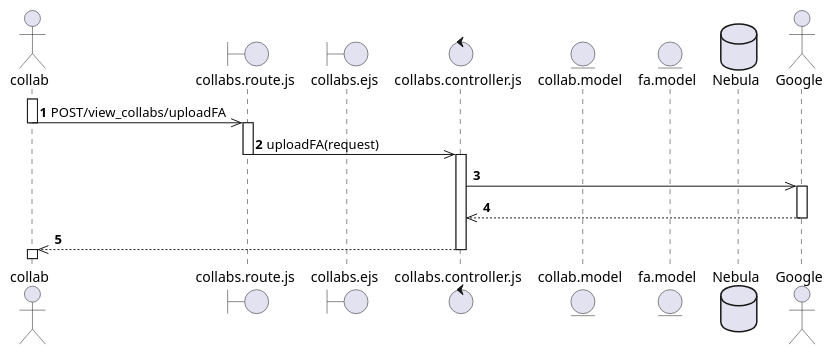
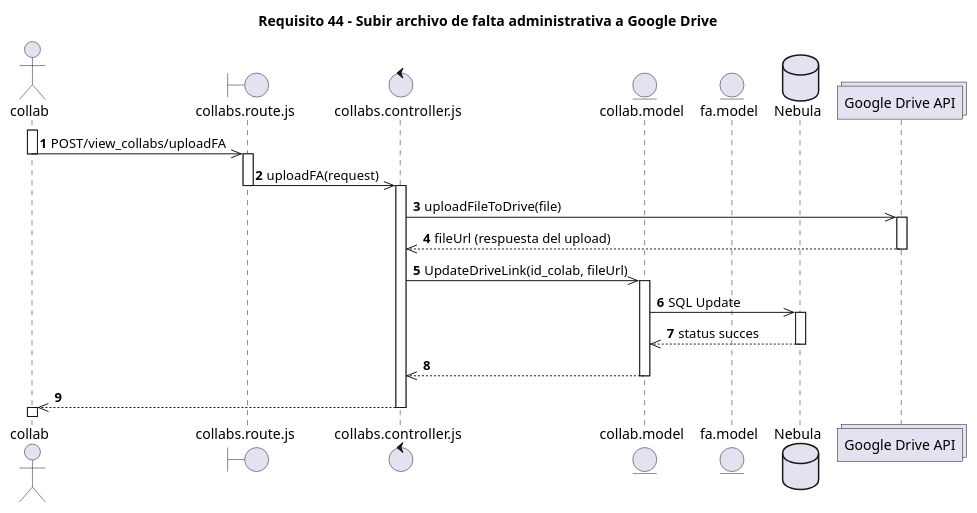
Before and after one commit to SALV19/Nebula_tc2005b: the diagram in diagramas_secuencia/req_44_SuperAdmin_uploads_file_due_to_employee_administrative_offense.puml, drawn with PlantUML. The commit also changed 2 other files, not shown here.

Commit message:
[UPDATE] Sequence Diagram

```diff
--- a/diagramas_secuencia/req_44_SuperAdmin_uploads_file_due_to_employee_administrative_offense.puml
+++ b/diagramas_secuencia/req_44_SuperAdmin_uploads_file_due_to_employee_administrative_offense.puml
@@ -1,34 +1,44 @@
-@startuml Req_44
+@startuml Req_44 
+title Requisito 44 - Subir archivo de falta administrativa a Google Drive
 autonumber
 
 actor collab
 boundary collabs.route.js as collabRoute
-boundary collabs.ejs as collabsPage
 control collabs.controller.js as collabsController
 entity collab.model as collabModel
 entity fa.model as faModel
 database Nebula as nebula
-actor Google 
+collections "Google Drive API" as Google
 
 activate collab 
 collab ->> collabRoute : POST/view_collabs/uploadFA
 deactivate collab
 
 activate collabRoute 
 collabRoute ->> collabsController : uploadFA(request)
 deactivate collabRoute
 
 activate collabsController
-collabsController ->> Google : 
+collabsController ->> Google : uploadFileToDrive(file)
 
 activate Google
-Google -->> collabsController : 
+Google -->> collabsController : fileUrl (respuesta del upload)
 
 deactivate Google
 
-collabsController -->> collab
+collabsController ->> collabModel : UpdateDriveLink(id_colab, fileUrl)
+
+activate collabModel 
+collabModel ->> nebula : SQL Update 
+
+activate nebula 
+nebula -->> collabModel :status succes
+deactivate nebula
+
+collabModel -->> collabsController
+deactivate collabModel
+
+collabsController -->> collab 
 deactivate collabsController 
 activate collab
-
-
 @enduml   
```
